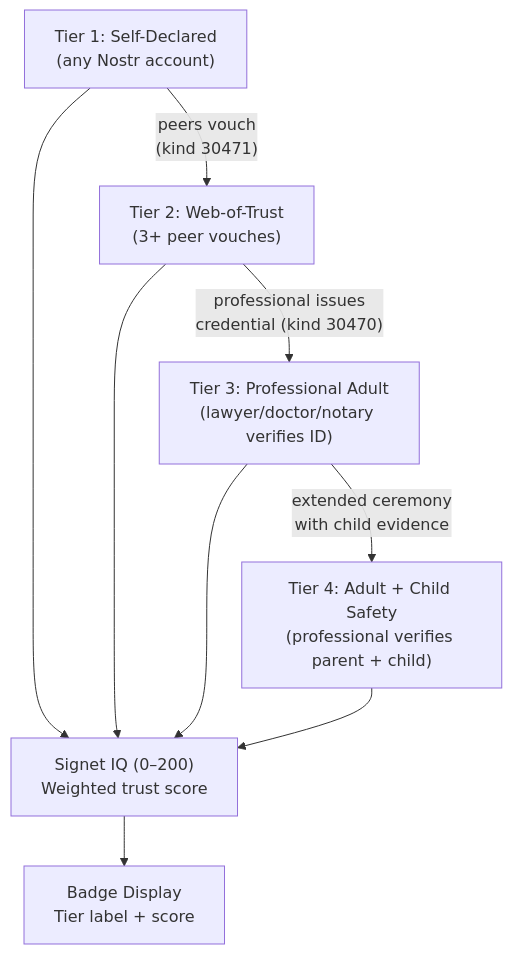
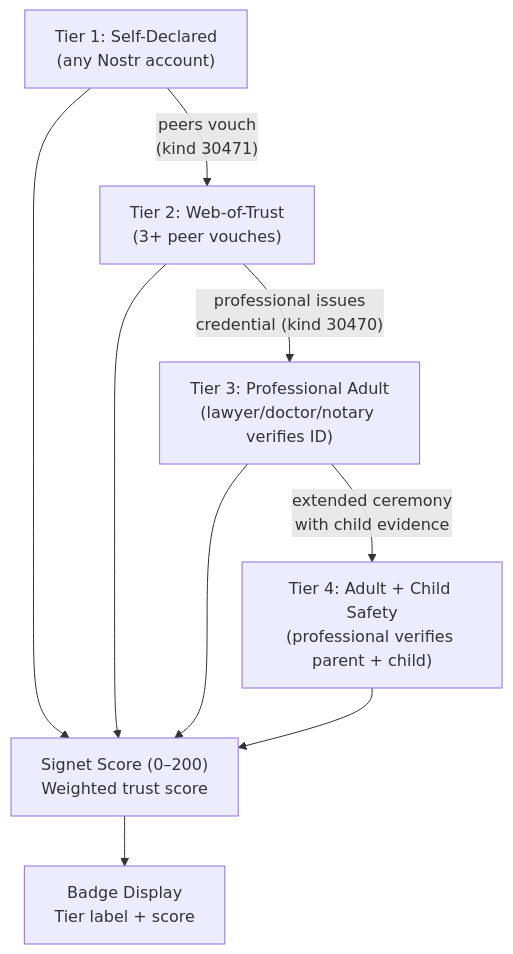
The first of 5 diagrams in docs/index.md (forgesworn/signet), drawn with Mermaid before and after one commit. The commit also changed other lines of this file and 3 other files, not shown here.

Commit message:
docs: update spec for generic attestation kind architecture

````diff
--- a/docs/index.md
+++ b/docs/index.md
@@ -9,19 +9,19 @@
 ```mermaid
 flowchart TD
     T1["Tier 1: Self-Declared\n(any Nostr account)"]
     T2["Tier 2: Web-of-Trust\n(3+ peer vouches)"]
     T3["Tier 3: Professional Adult\n(lawyer/doctor/notary verifies ID)"]
     T4["Tier 4: Adult + Child Safety\n(professional verifies parent + child)"]
-    IQ["Signet IQ (0–200)\nWeighted trust score"]
+    IQ["Signet Score (0–200)\nWeighted trust score"]
     Badge["Badge Display\nTier label + score"]
 
     T1 -->|"peers vouch\n(kind 30471)"| T2
     T2 -->|"professional issues\ncredential (kind 30470)"| T3
     T3 -->|"extended ceremony\nwith child evidence"| T4
 
     T1 --> IQ
     T2 --> IQ
     T3 --> IQ
     T4 --> IQ
     IQ --> Badge
 ```
````
